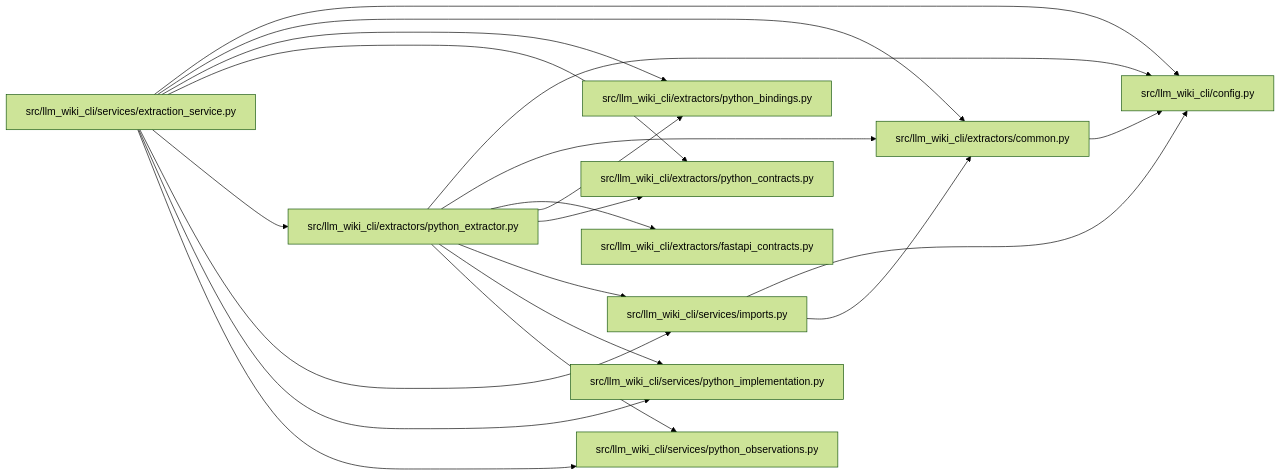
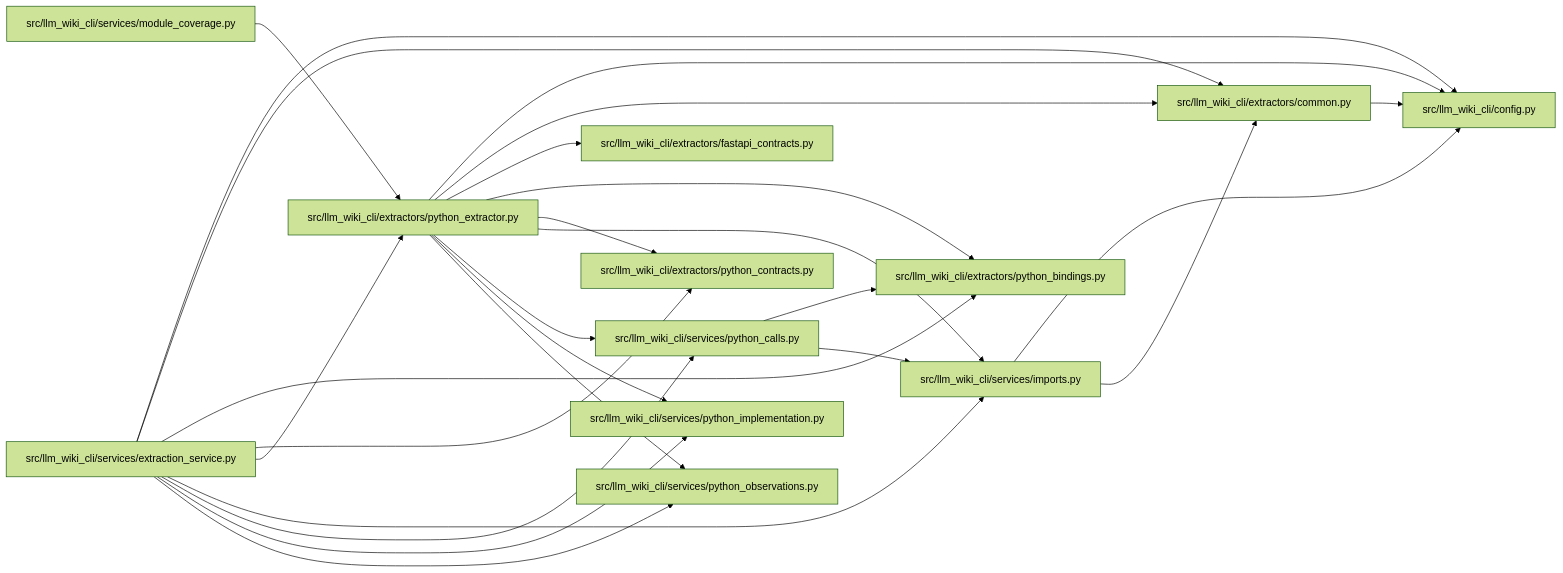
One commit to Denissvgn/python-wiki-llm changed the diagram in docs/llm_wiki/modules/python_extractor.md. Above: the diagram before and after it, drawn with Mermaid (forest theme). The commit also changed other lines of this file and 581 other files, not shown here.

````diff
--- a/docs/llm_wiki/modules/python_extractor.md
+++ b/docs/llm_wiki/modules/python_extractor.md
@@ -38,42 +41,51 @@
 ```mermaid
 flowchart LR
     n0["src/llm_wiki_cli/config.py"]
     n1["src/llm_wiki_cli/extractors/common.py"]
     n2["src/llm_wiki_cli/extractors/fastapi_contracts.py"]
     n3["src/llm_wiki_cli/extractors/python_bindings.py"]
     n4["src/llm_wiki_cli/extractors/python_contracts.py"]
     n5["src/llm_wiki_cli/extractors/python_extractor.py"]
     n6["src/llm_wiki_cli/services/extraction_service.py"]
     n7["src/llm_wiki_cli/services/imports.py"]
-    n8["src/llm_wiki_cli/services/python_implementation.py"]
-    n9["src/llm_wiki_cli/services/python_observations.py"]
+    n8["src/llm_wiki_cli/services/module_coverage.py"]
+    n9["src/llm_wiki_cli/services/python_calls.py"]
+    n10["src/llm_wiki_cli/services/python_implementation.py"]
+    n11["src/llm_wiki_cli/services/python_observations.py"]
     n1 --> n0
     n5 --> n0
     n5 --> n1
     n5 --> n2
     n5 --> n3
     n5 --> n4
     n5 --> n7
-    n5 --> n8
     n5 --> n9
+    n5 --> n10
+    n5 --> n11
     n6 --> n0
     n6 --> n1
     n6 --> n3
     n6 --> n4
     n6 --> n5
     n6 --> n7
-    n6 --> n8
     n6 --> n9
+    n6 --> n10
+    n6 --> n11
     n7 --> n0
     n7 --> n1
+    n8 --> n5
+    n9 --> n3
+    n9 --> n7
     click n0 "../modules/config.md"
     click n1 "../modules/common.md"
     click n2 "../modules/fastapi_contracts.md"
     click n3 "../modules/python_bindings.md"
     click n4 "../modules/python_contracts.md"
     click n5 "../modules/python_extractor.md"
     click n6 "../modules/extraction_service.md"
     click n7 "../modules/imports.md"
-    click n8 "../modules/python_implementation.md"
-    click n9 "../modules/python_observations.md"
+    click n8 "../modules/module_coverage.md"
+    click n9 "../modules/python_calls.md"
+    click n10 "../modules/python_implementation.md"
+    click n11 "../modules/python_observations.md"
 ```
````
